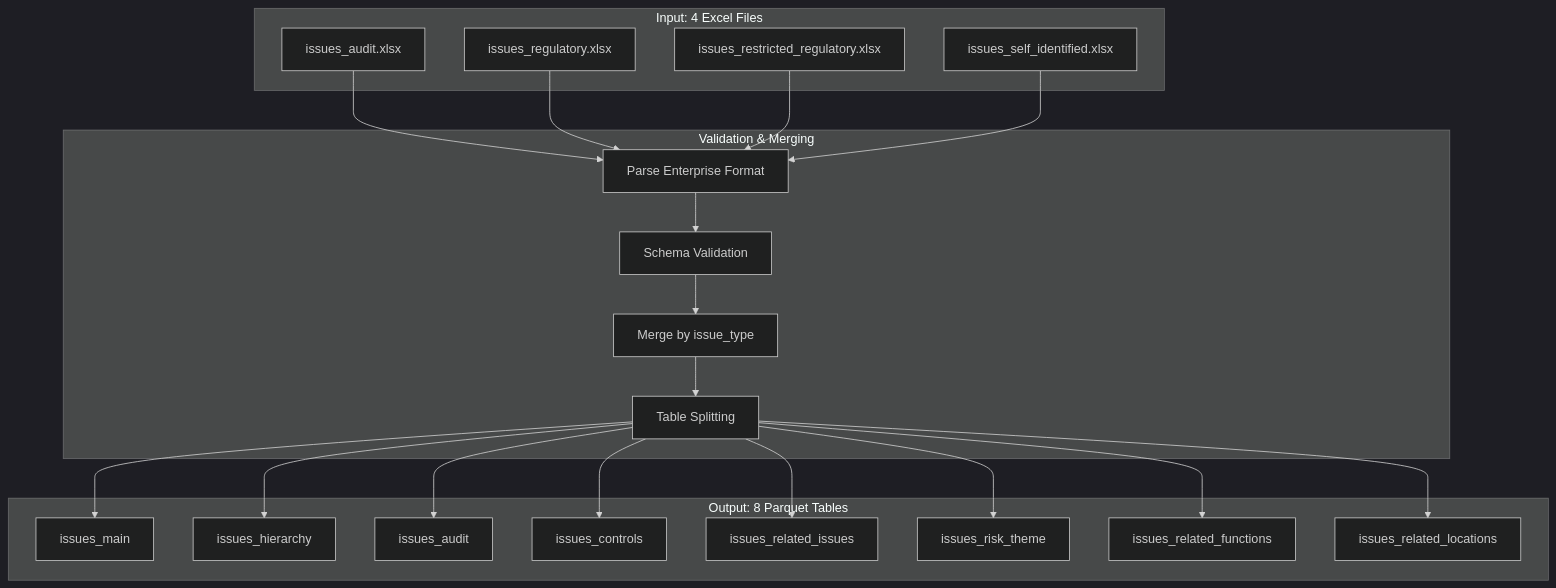
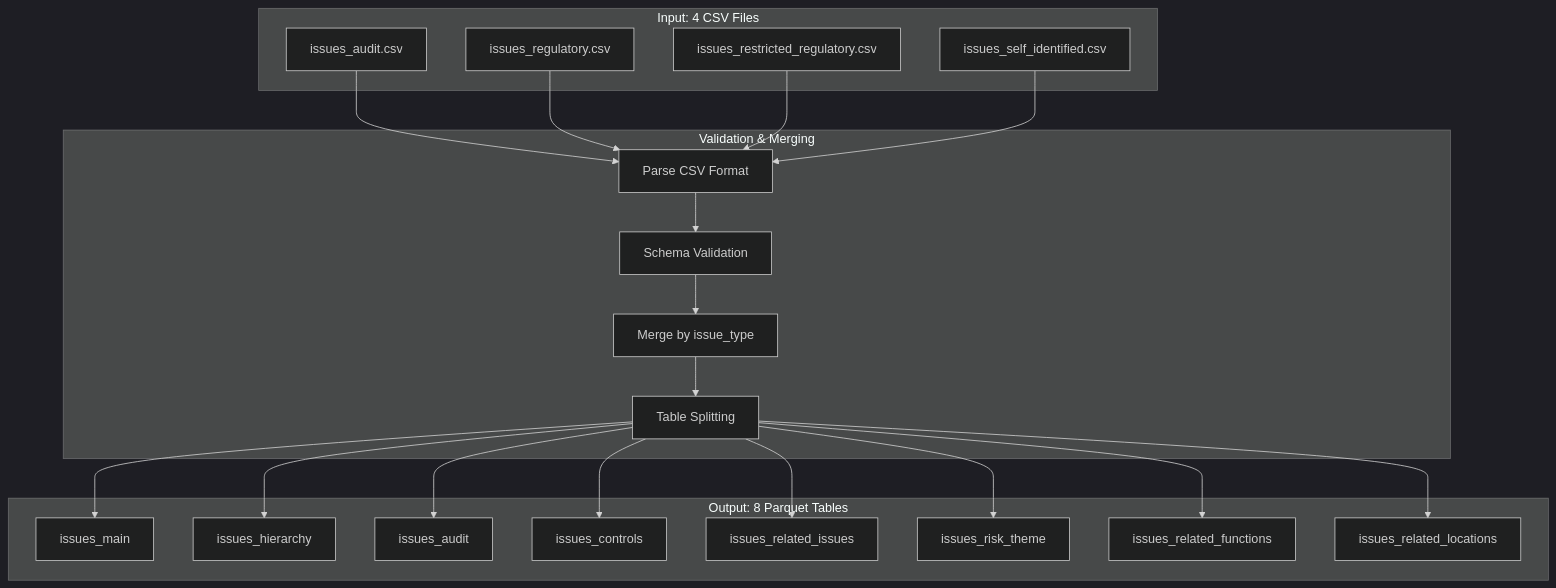
One commit to white07S/application changed the first of 6 diagrams in docs/pipelines/issues-pipeline.md. Above: the diagram before and after it, drawn with Mermaid (dark theme). The commit also changed other lines of this file and 28 other files, not shown here.

````diff
--- a/docs/pipelines/issues-pipeline.md
+++ b/docs/pipelines/issues-pipeline.md
@@ -13,43 +13,43 @@
 ```mermaid
 flowchart TB
-    subgraph Input["Input: 4 Excel Files"]
-        AUDIT[issues_audit.xlsx]
-        REG[issues_regulatory.xlsx]
-        RRESTREG[issues_restricted_regulatory.xlsx]
-        SELF[issues_self_identified.xlsx]
+    subgraph Input["Input: 4 CSV Files"]
+        AUDIT[issues_audit.csv]
+        REG[issues_regulatory.csv]
+        RRESTREG[issues_restricted_regulatory.csv]
+        SELF[issues_self_identified.csv]
     end
 
     subgraph Validation["Validation & Merging"]
-        PARSE[Parse Enterprise Format]
+        PARSE[Parse CSV Format]
         VALIDATE[Schema Validation]
         MERGE[Merge by issue_type]
         SPLIT[Table Splitting]
     end
 
     subgraph Output["Output: 8 Parquet Tables"]
         MAIN[issues_main]
         HIER[issues_hierarchy]
         AUDIT_T[issues_audit]
         CTRL[issues_controls]
         REL[issues_related_issues]
         RISK[issues_risk_theme]
         FUNC[issues_related_functions]
         LOC[issues_related_locations]
     end
 
     AUDIT --> PARSE
     REG --> PARSE
     RRESTREG --> PARSE
     SELF --> PARSE
     PARSE --> VALIDATE
     VALIDATE --> MERGE
     MERGE --> SPLIT
     SPLIT --> MAIN
     SPLIT --> HIER
     SPLIT --> AUDIT_T
     SPLIT --> CTRL
     SPLIT --> REL
     SPLIT --> RISK
     SPLIT --> FUNC
     SPLIT --> LOC
 ```
````
